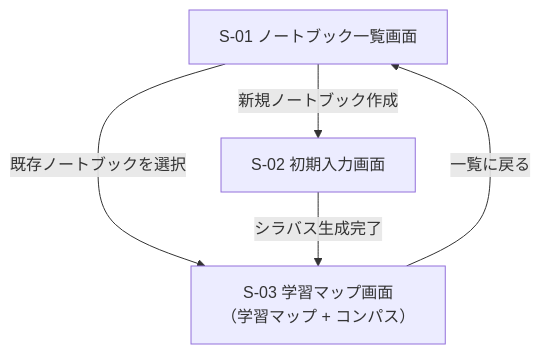
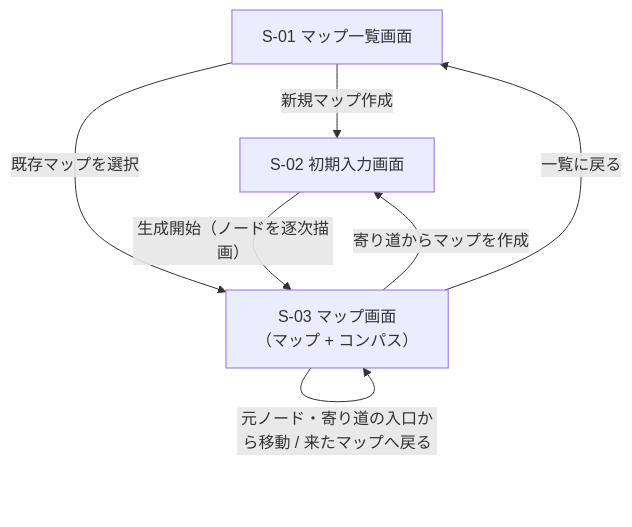
Before and after one commit to ryuma-1/Campass: the fifth of 6 diagrams in docs/basic_design.md, drawn with Mermaid. The commit also changed other lines of this file, not shown here.

````diff
--- a/docs/basic_design.md
+++ b/docs/basic_design.md
@@ -129,11 +130,13 @@
 ```mermaid
 graph TD
-    S01[S-01 ノートブック一覧画面]
+    S01[S-01 マップ一覧画面]
     S02[S-02 初期入力画面]
-    S03["S-03 学習マップ画面<br/>（学習マップ + コンパス）"]
+    S03["S-03 マップ画面<br/>（マップ + コンパス）"]
 
-    S01 -->|新規ノートブック作成| S02
-    S01 -->|既存ノートブックを選択| S03
-    S02 -->|シラバス生成完了| S03
+    S01 -->|新規マップ作成| S02
+    S01 -->|既存マップを選択| S03
+    S02 -->|生成開始（ノードを逐次描画）| S03
+    S03 -->|寄り道からマップを作成| S02
+    S03 -->|元ノード・寄り道の入口から移動 / 来たマップへ戻る| S03
     S03 -->|一覧に戻る| S01
 ```
````
